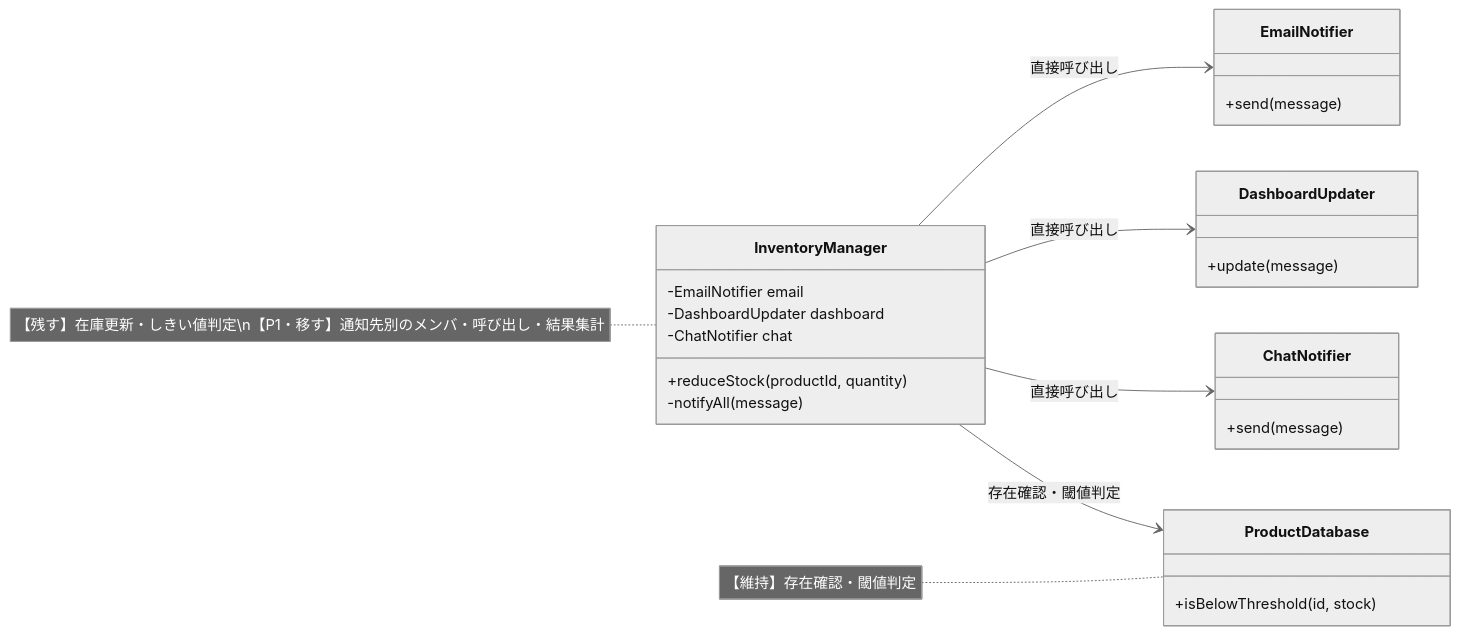
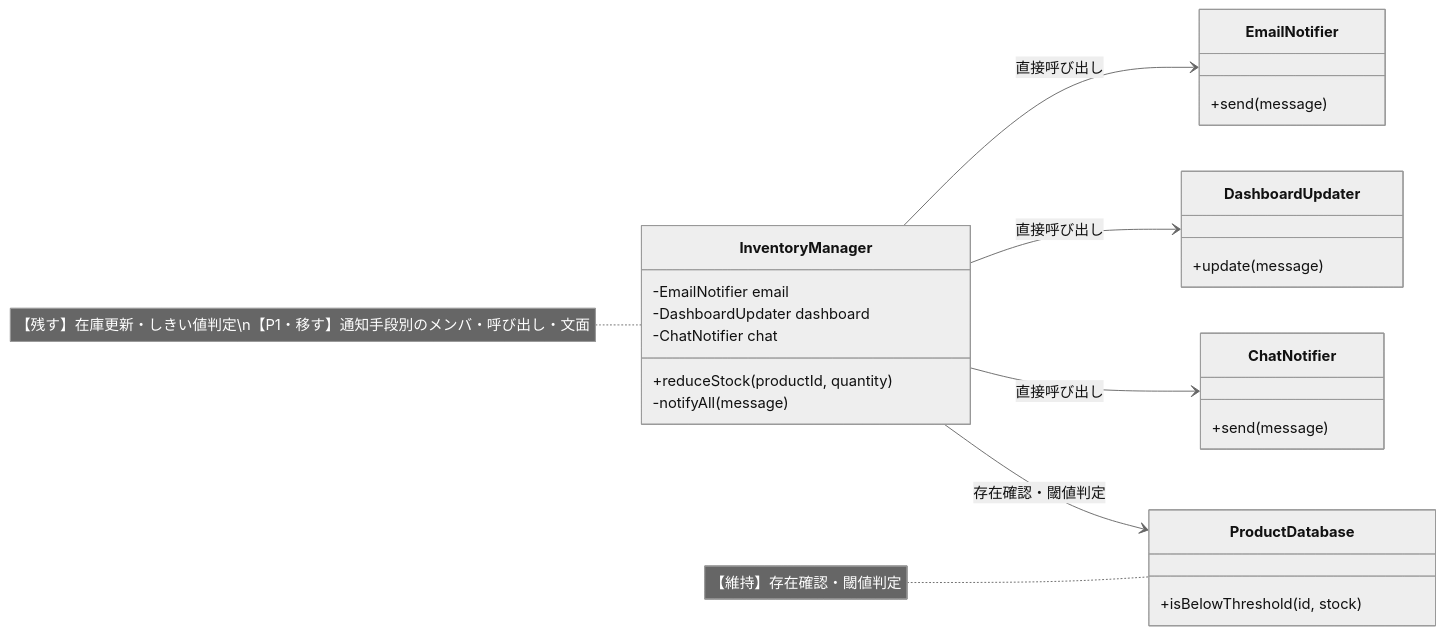
The sixth of 12 diagrams in kindle/design-patterns/output/chapter07.md (kumachan1101-pixel/DesignPattern), drawn with Mermaid (neutral theme) before and after one commit. The commit also changed other lines of this file and 21 other files, not shown here.

````diff
--- a/kindle/design-patterns/output/chapter07.md
+++ b/kindle/design-patterns/output/chapter07.md
@@ -979,25 +937,25 @@
 ```mermaid
 classDiagram
     direction LR
     class InventoryManager {
         -EmailNotifier email
         -DashboardUpdater dashboard
         -ChatNotifier chat
         +reduceStock(productId, quantity)
         -notifyAll(message)
     }
     class EmailNotifier { +send(message) }
     class DashboardUpdater { +update(message) }
     class ChatNotifier { +send(message) }
     class ProductDatabase { +isBelowThreshold(id, stock) }
     InventoryManager --> EmailNotifier : 直接呼び出し
     InventoryManager --> DashboardUpdater : 直接呼び出し
     InventoryManager --> ChatNotifier : 直接呼び出し
     InventoryManager --> ProductDatabase : 存在確認・閾値判定
 
-    note for InventoryManager "【残す】在庫更新・しきい値判定\n【P1・移す】通知先別のメンバ・呼び出し・結果集計"
+    note for InventoryManager "【残す】在庫更新・しきい値判定\n【P1・移す】通知手段別のメンバ・呼び出し・文面"
     note for ProductDatabase "【維持】存在確認・閾値判定"
 
     classDef focus fill:#FFF2CC,stroke:#D6B656,stroke-width:2px,color:#222222
     cssClass "InventoryManager" focus
 ```
````
